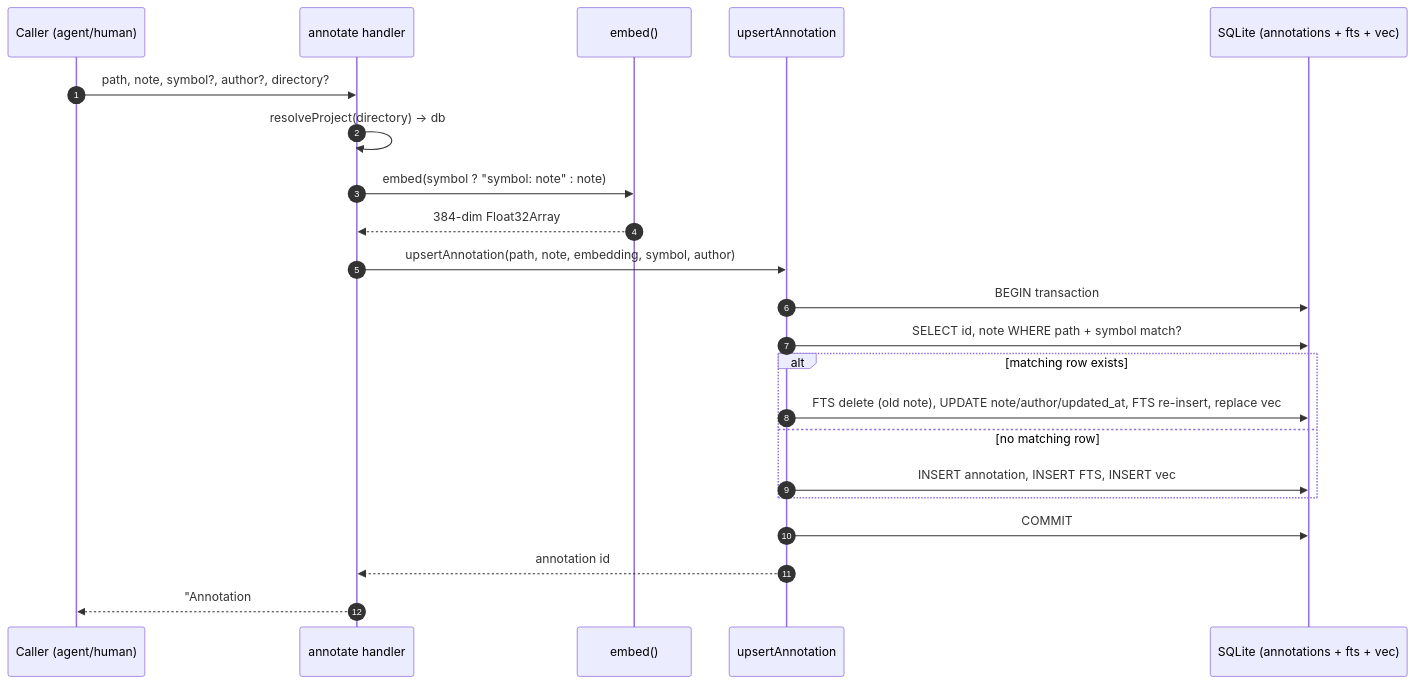
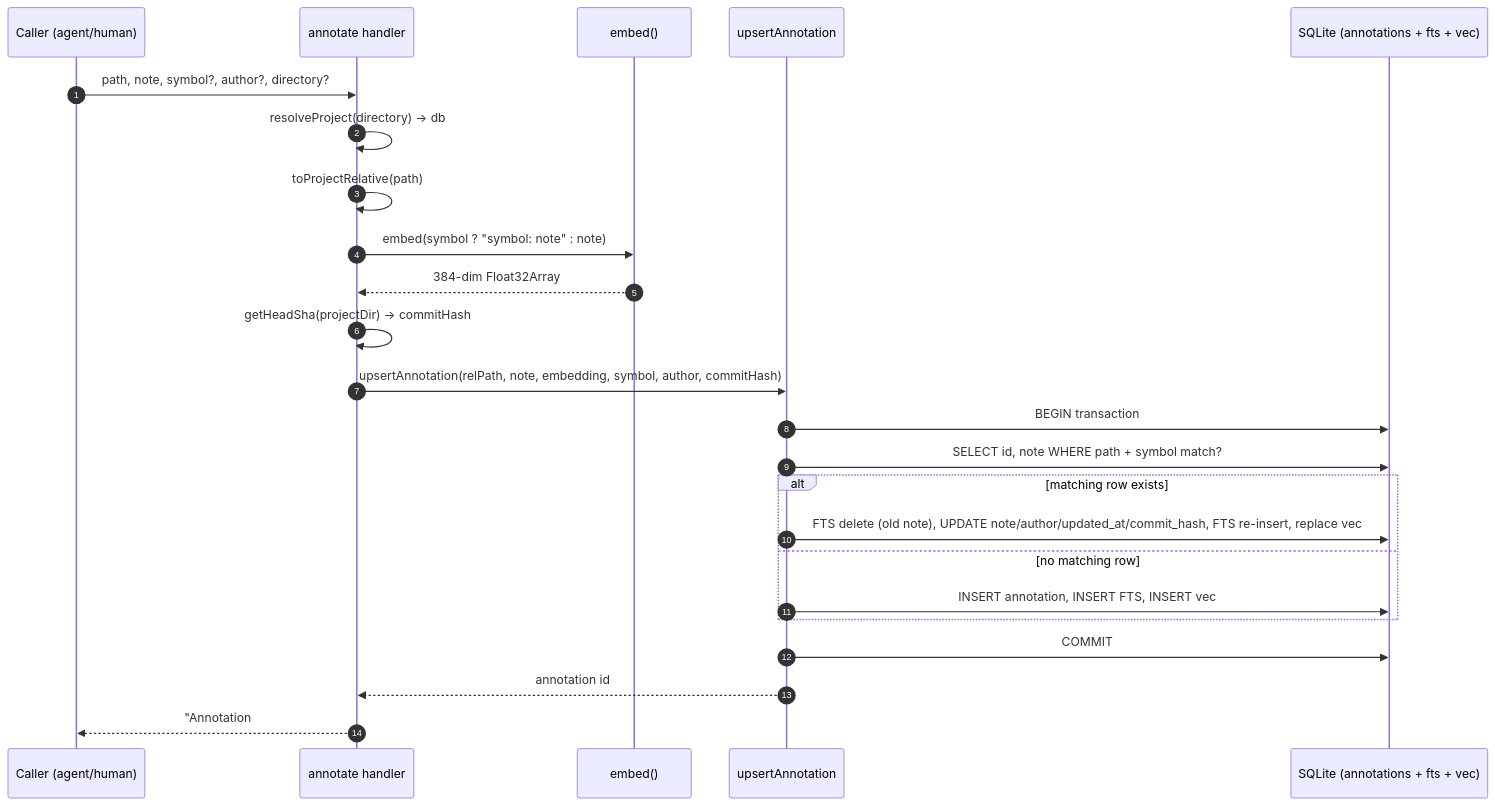
One commit to TheWinci/mimirs changed the diagram in wiki/tools/annotate.md. Above: the diagram before and after it, drawn with Mermaid. The commit also changed other lines of this file and 58 other files, not shown here.

````diff
--- a/wiki/tools/annotate.md
+++ b/wiki/tools/annotate.md
@@ -43,25 +47,27 @@
 ```mermaid
 sequenceDiagram
     autonumber
     participant Caller as Caller (agent/human)
     participant Handler as annotate handler
     participant Embedder as embed()
     participant Store as upsertAnnotation
     participant Sqlite as SQLite (annotations + fts + vec)
 
     Caller->>Handler: path, note, symbol?, author?, directory?
     Handler->>Handler: resolveProject(directory) -> db
+    Handler->>Handler: toProjectRelative(path)
     Handler->>Embedder: embed(symbol ? "symbol: note" : note)
     Embedder-->>Handler: 384-dim Float32Array
-    Handler->>Store: upsertAnnotation(path, note, embedding, symbol, author)
+    Handler->>Handler: getHeadSha(projectDir) -> commitHash
+    Handler->>Store: upsertAnnotation(relPath, note, embedding, symbol, author, commitHash)
     Store->>Sqlite: BEGIN transaction
     Store->>Sqlite: SELECT id, note WHERE path + symbol match?
     alt matching row exists
-        Store->>Sqlite: FTS delete (old note), UPDATE note/author/updated_at, FTS re-insert, replace vec
+        Store->>Sqlite: FTS delete (old note), UPDATE note/author/updated_at/commit_hash, FTS re-insert, replace vec
     else no matching row
         Store->>Sqlite: INSERT annotation, INSERT FTS, INSERT vec
     end
     Store->>Sqlite: COMMIT
     Store-->>Handler: annotation id
     Handler-->>Caller: "Annotation #id saved for target"
 ```
````
